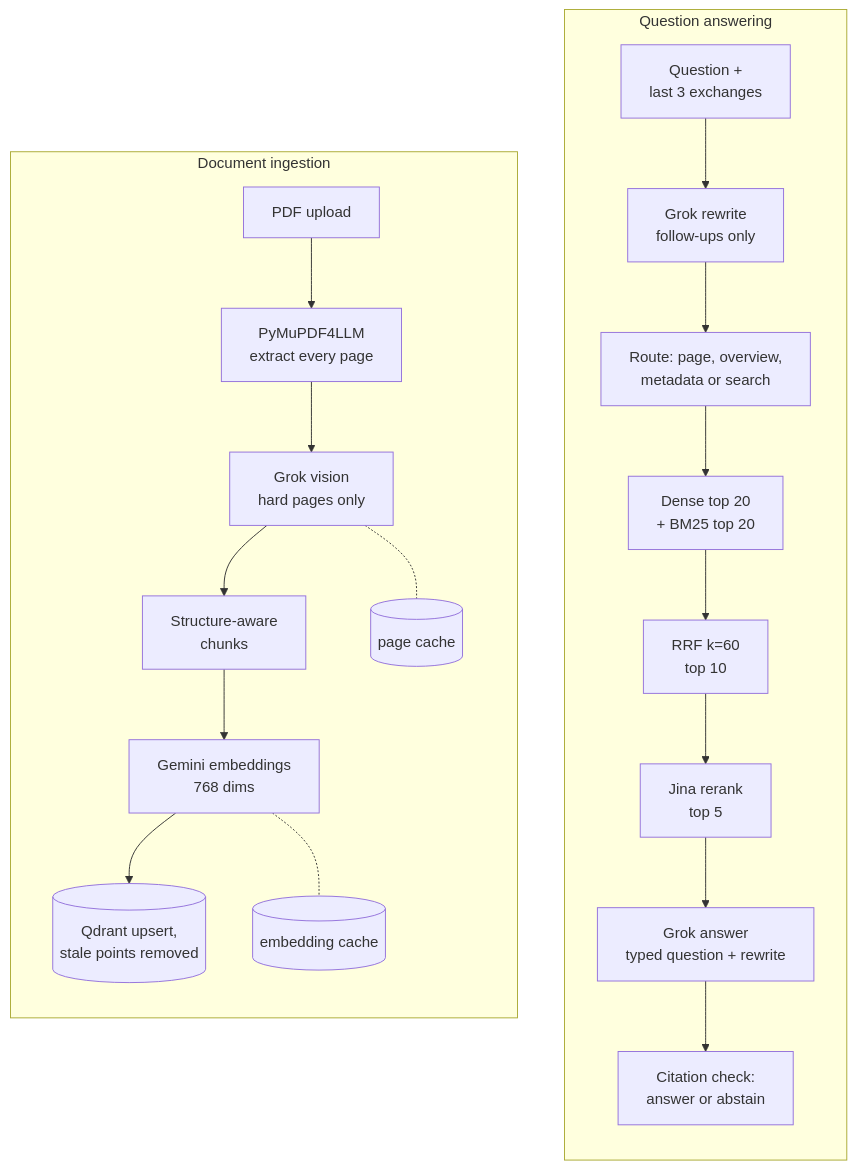
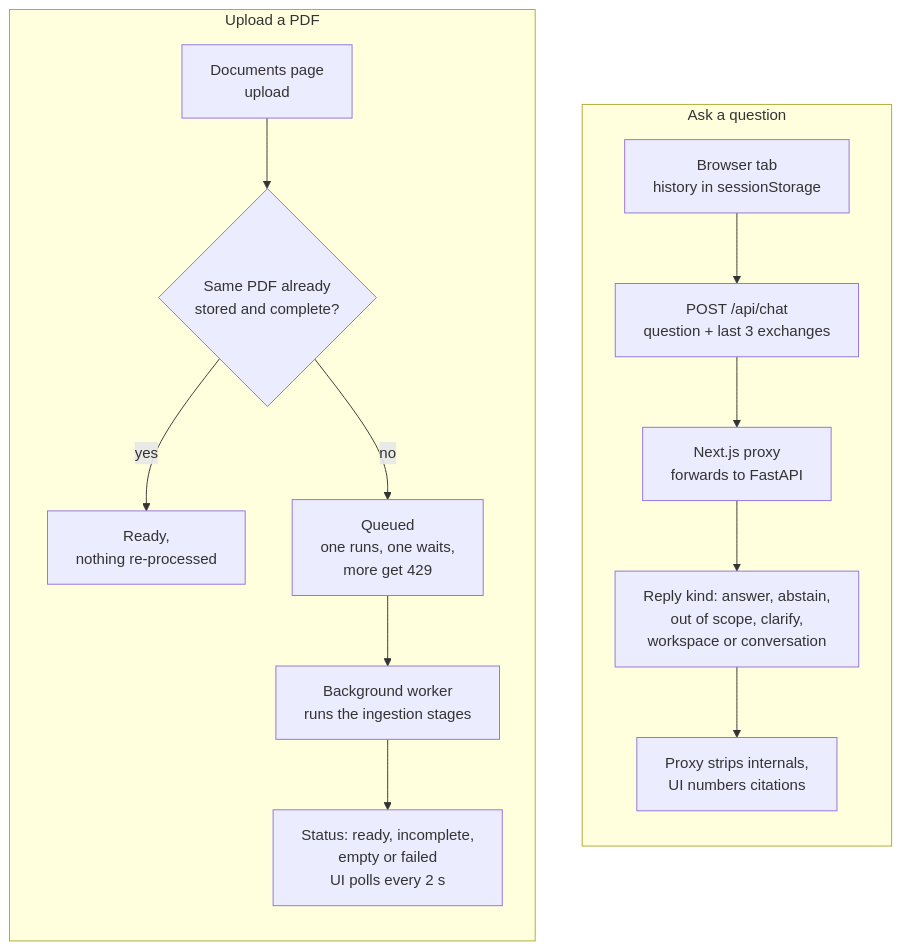
The third of 3 diagrams in README.md (tarunkauxhik/multimodal-enterprise-rag), drawn with Mermaid before and after one commit. The commit also changed other lines of this file, not shown here.

````diff
--- a/README.md
+++ b/README.md
@@ -51,23 +71,18 @@
 ```mermaid
 flowchart TB
-    subgraph QN["Question answering"]
+    subgraph Q["Ask a question"]
         direction TB
-        Q1["Question +<br/>last 3 exchanges"] --> Q2["Grok rewrite<br/>follow-ups only"]
-        Q2 --> Q3["Route: page, overview,<br/>metadata or search"]
-        Q3 --> Q4["Dense top 20<br/>+ BM25 top 20"]
-        Q4 --> Q5["RRF k=60<br/>top 10"]
-        Q5 --> Q6["Jina rerank<br/>top 5"]
-        Q6 --> Q7["Grok answer<br/>typed question + rewrite"]
-        Q7 --> Q8["Citation check:<br/>answer or abstain"]
+        Q1["Browser tab<br/>history in sessionStorage"] --> Q2["POST /api/chat<br/>question + last 3 exchanges"]
+        Q2 --> Q3["Next.js proxy<br/>forwards to FastAPI"]
+        Q3 --> Q4["Reply kind: answer, abstain,<br/>out of scope, clarify,<br/>workspace or conversation"]
+        Q4 --> Q5["Proxy strips internals,<br/>UI numbers citations"]
     end
-    subgraph IN["Document ingestion"]
+    subgraph UP["Upload a PDF"]
         direction TB
-        I1["PDF upload"] --> I2["PyMuPDF4LLM<br/>extract every page"]
-        I2 --> I3["Grok vision<br/>hard pages only"]
-        I3 --> I4["Structure-aware<br/>chunks"]
-        I4 --> I5["Gemini embeddings<br/>768 dims"]
-        I5 --> I6[("Qdrant upsert,<br/>stale points removed")]
-        I3 -.- C1[("page cache")]
-        I5 -.- C2[("embedding cache")]
+        U1["Documents page<br/>upload"] --> U2{"Same PDF already<br/>stored and complete?"}
+        U2 -->|"yes"| U3["Ready,<br/>nothing re-processed"]
+        U2 -->|"no"| U4["Queued<br/>one runs, one waits,<br/>more get 429"]
+        U4 --> U5["Background worker<br/>runs the ingestion stages"]
+        U5 --> U6["Status: ready, incomplete,<br/>empty or failed<br/>UI polls every 2 s"]
     end
 ```
````
